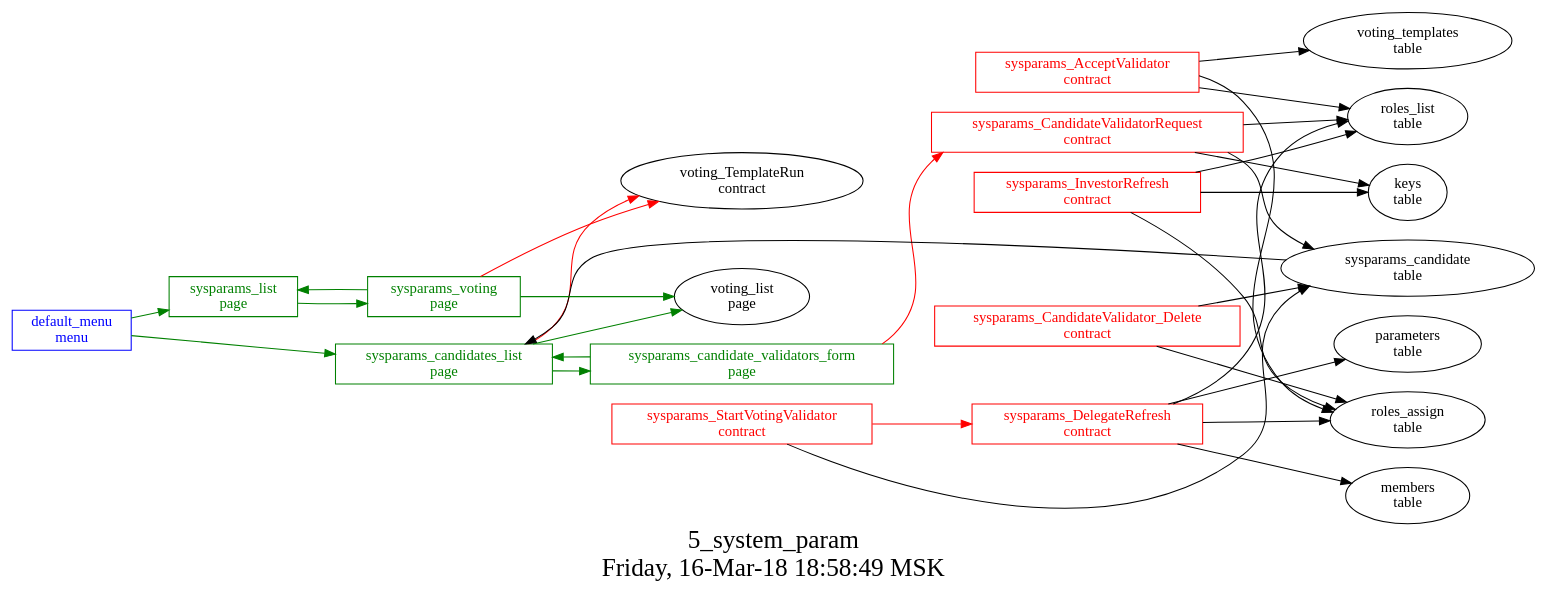
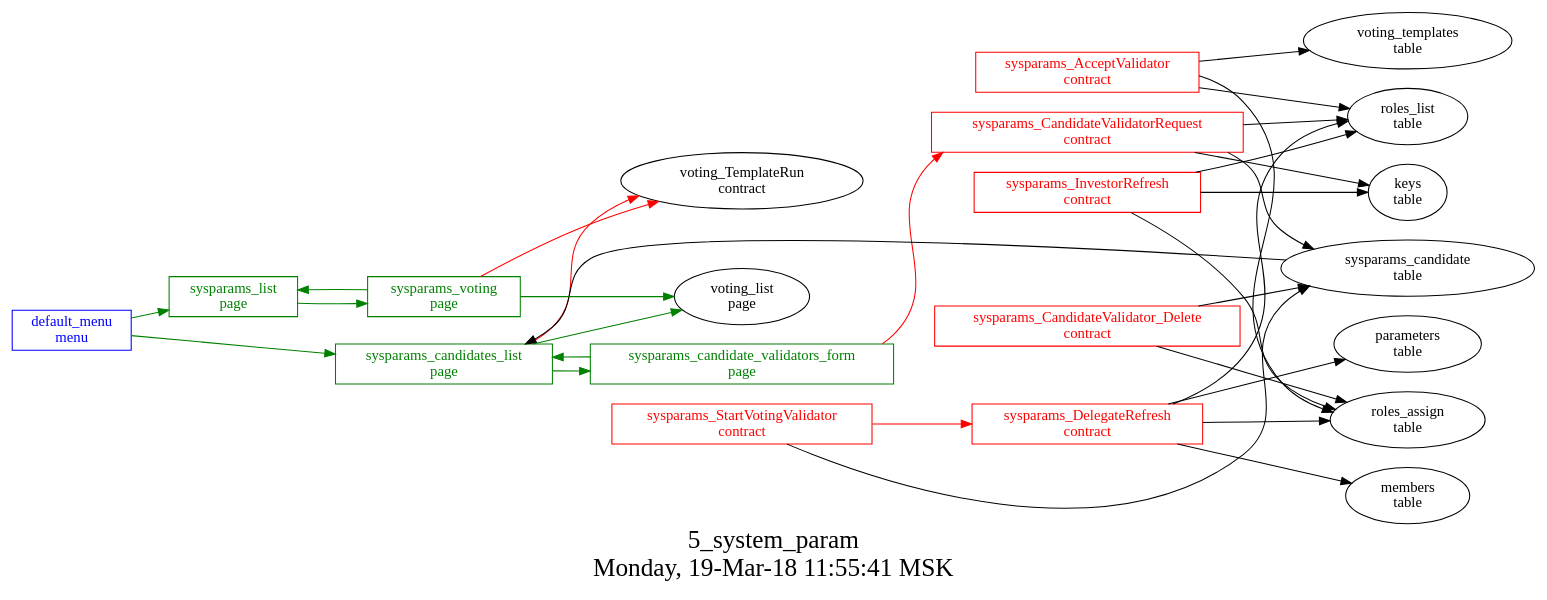
The diagram in src/basic/basic_main/5_system_params/struct.dot (AplaProject/apps), drawn with Graphviz before and after one commit. The commit also changed 6 other files, not shown here.

```diff
--- a/src/basic/basic_main/5_system_params/struct.dot
+++ b/src/basic/basic_main/5_system_params/struct.dot
@@ -1,51 +1,51 @@
 digraph G {
 graph [
   fontsize="24";
-  label="5_system_param\nFriday, 16-Mar-18 18:58:49 MSK";
+  label="5_system_param\nMonday, 19-Mar-18 11:55:41 MSK";
   nojustify=true;
   ordering=out;
   rankdir=LR;
   size="30";
 ];
 "default_menu\nmenu" -> "sysparams_list\npage"  [ color=green ]
 "default_menu\nmenu" -> "sysparams_candidates_list\npage"  [ color=green ]
 "default_menu\nmenu" [color=blue, fontcolor=blue, group=menus, shape=record];
 "sysparams_candidate_validators_form\npage" -> "sysparams_CandidateValidatorRequest\ncontract"  [ color=red ]
 "sysparams_candidate_validators_form\npage" -> "sysparams_candidates_list\npage"  [ color=green ]
 "sysparams_candidate_validators_form\npage" [color=green, fontcolor=green, group=pages, shape=record];
 "sysparams_candidates_list\npage" -> "voting_TemplateRun\ncontract"  [ color=red ]
 "sysparams_candidate\ntable" -> "sysparams_candidates_list\npage"  [ color="" ]
 "sysparams_candidates_list\npage" -> "voting_list\npage"  [ color=green ]
 "sysparams_candidates_list\npage" -> "sysparams_candidate_validators_form\npage"  [ color=green ]
 "sysparams_candidates_list\npage" [color=green, fontcolor=green, group=pages, shape=record];
 "sysparams_list\npage" -> "sysparams_voting\npage"  [ color=green ]
 "sysparams_list\npage" [color=green, fontcolor=green, group=pages, shape=record];
 "sysparams_voting\npage" -> "voting_TemplateRun\ncontract"  [ color=red ]
 "sysparams_voting\npage" -> "sysparams_list\npage"  [ color=green ]
 "sysparams_voting\npage" -> "voting_list\npage"  [ color=green ]
 "sysparams_voting\npage" [color=green, fontcolor=green, group=pages, shape=record];
 "sysparams_AcceptValidator\ncontract" -> "voting_templates\ntable"  [ color="" ]
 "sysparams_AcceptValidator\ncontract" -> "roles_list\ntable"  [ color="" ]
 "sysparams_AcceptValidator\ncontract" -> "roles_assign\ntable"  [ color="" ]
 "sysparams_AcceptValidator\ncontract" [color=red, fontcolor=red, group=contracts, shape=record];
 "sysparams_CandidateValidatorRequest\ncontract" -> "keys\ntable"  [ color="" ]
 "sysparams_CandidateValidatorRequest\ncontract" -> "roles_list\ntable"  [ color="" ]
 "sysparams_CandidateValidatorRequest\ncontract" -> "sysparams_candidate\ntable"  [ color="" ]
 "sysparams_CandidateValidatorRequest\ncontract" [color=red, fontcolor=red, group=contracts, shape=record];
 "sysparams_CandidateValidator_Delete\ncontract" -> "sysparams_candidate\ntable"  [ color="" ]
 "sysparams_CandidateValidator_Delete\ncontract" -> "roles_assign\ntable"  [ color="" ]
 "sysparams_CandidateValidator_Delete\ncontract" [color=red, fontcolor=red, group=contracts, shape=record];
 "sysparams_DelegateRefresh\ncontract" -> "roles_list\ntable"  [ color="" ]
 "sysparams_DelegateRefresh\ncontract" -> "parameters\ntable"  [ color="" ]
 "sysparams_DelegateRefresh\ncontract" -> "roles_assign\ntable"  [ color="" ]
 "sysparams_DelegateRefresh\ncontract" -> "members\ntable"  [ color="" ]
 "sysparams_DelegateRefresh\ncontract" [color=red, fontcolor=red, group=contracts, shape=record];
 "sysparams_InvestorRefresh\ncontract" -> "roles_list\ntable"  [ color="" ]
 "sysparams_InvestorRefresh\ncontract" -> "keys\ntable"  [ color="" ]
 "sysparams_InvestorRefresh\ncontract" -> "roles_assign\ntable"  [ color="" ]
 "sysparams_InvestorRefresh\ncontract" [color=red, fontcolor=red, group=contracts, shape=record];
 "sysparams_StartVotingValidator\ncontract" -> "sysparams_DelegateRefresh\ncontract"  [ color=red ]
 "sysparams_StartVotingValidator\ncontract" -> "sysparams_candidate\ntable"  [ color="" ]
 "sysparams_StartVotingValidator\ncontract" [color=red, fontcolor=red, group=contracts, shape=record];
 "sysparams_candidate\ntable" [color="", fontcolor="", group=tables, shape=""];
 }
```
